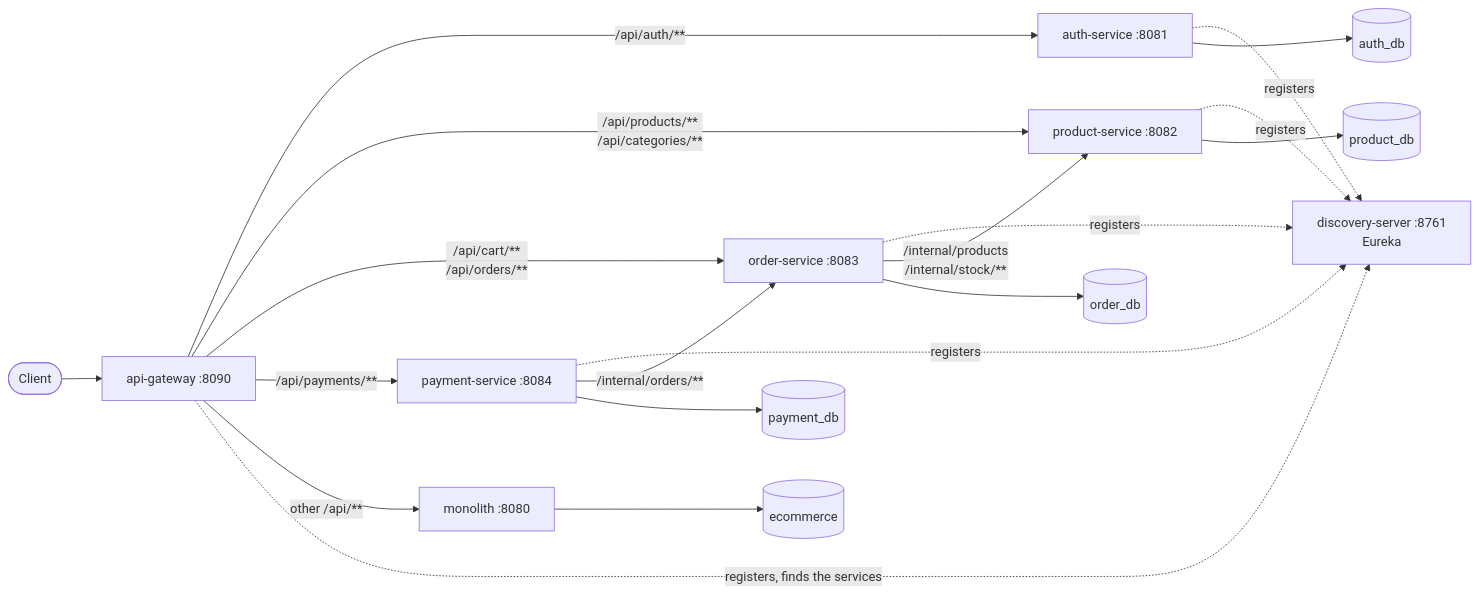
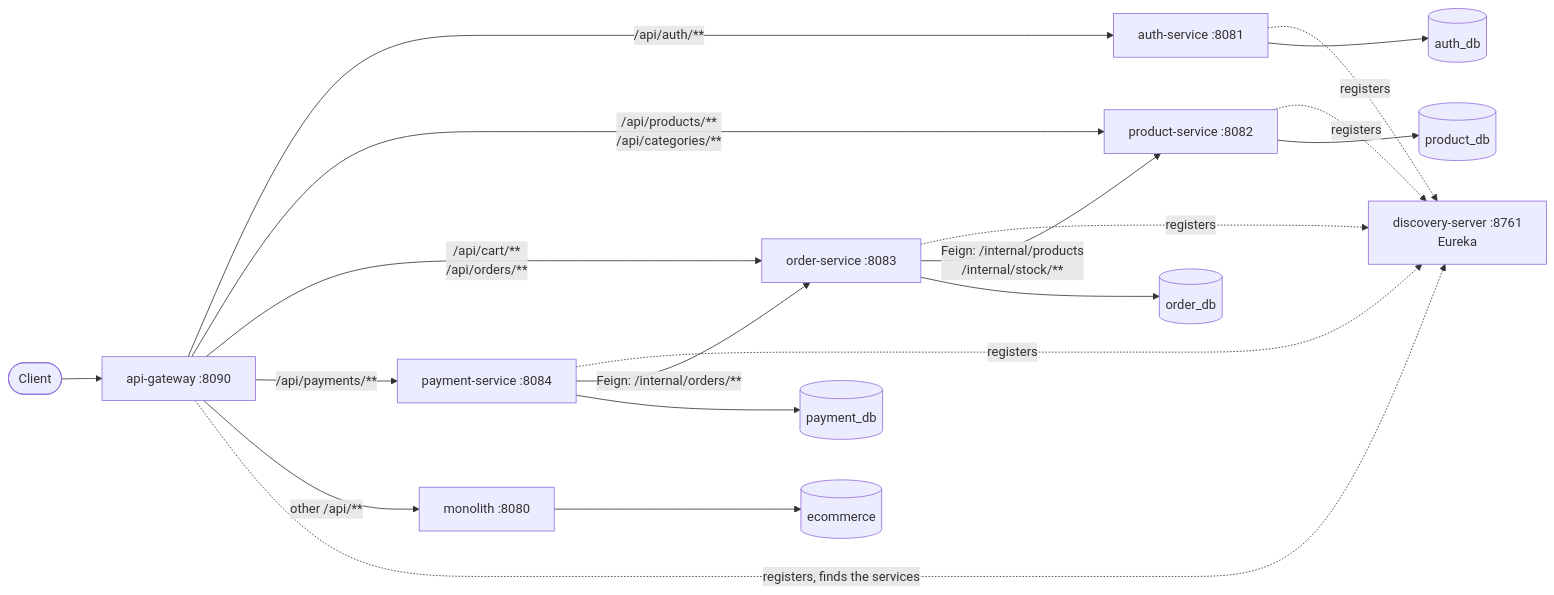
The first of 2 diagrams in README.md (monssefbaakka/ecommerce-microservices), drawn with Mermaid before and after one commit.

Commit message:
docs(readme): the diagram shows the internal calls are Feign clients

````diff
--- a/README.md
+++ b/README.md
@@ -130,21 +130,21 @@
 ```mermaid
 flowchart LR
     client([Client]) --> gateway["api-gateway :8090"]
     gateway -- "/api/auth/**" --> auth["auth-service :8081"]
     gateway -- "/api/products/**<br/>/api/categories/**" --> product["product-service :8082"]
     gateway -- "/api/cart/**<br/>/api/orders/**" --> order["order-service :8083"]
     gateway -- "/api/payments/**" --> payment["payment-service :8084"]
     gateway -- "other /api/**" --> monolith["monolith :8080"]
     auth -. registers .-> eureka["discovery-server :8761<br/>Eureka"]
     product -. registers .-> eureka
     order -. registers .-> eureka
     payment -. registers .-> eureka
     gateway -. registers, finds the services .-> eureka
-    order -- "/internal/products<br/>/internal/stock/**" --> product
-    payment -- "/internal/orders/**" --> order
+    order -- "Feign: /internal/products<br/>/internal/stock/**" --> product
+    payment -- "Feign: /internal/orders/**" --> order
     auth --> authdb[(auth_db)]
     product --> productdb[(product_db)]
     order --> orderdb[(order_db)]
     payment --> paymentdb[(payment_db)]
     monolith --> monolithdb[(ecommerce)]
 ```
````
